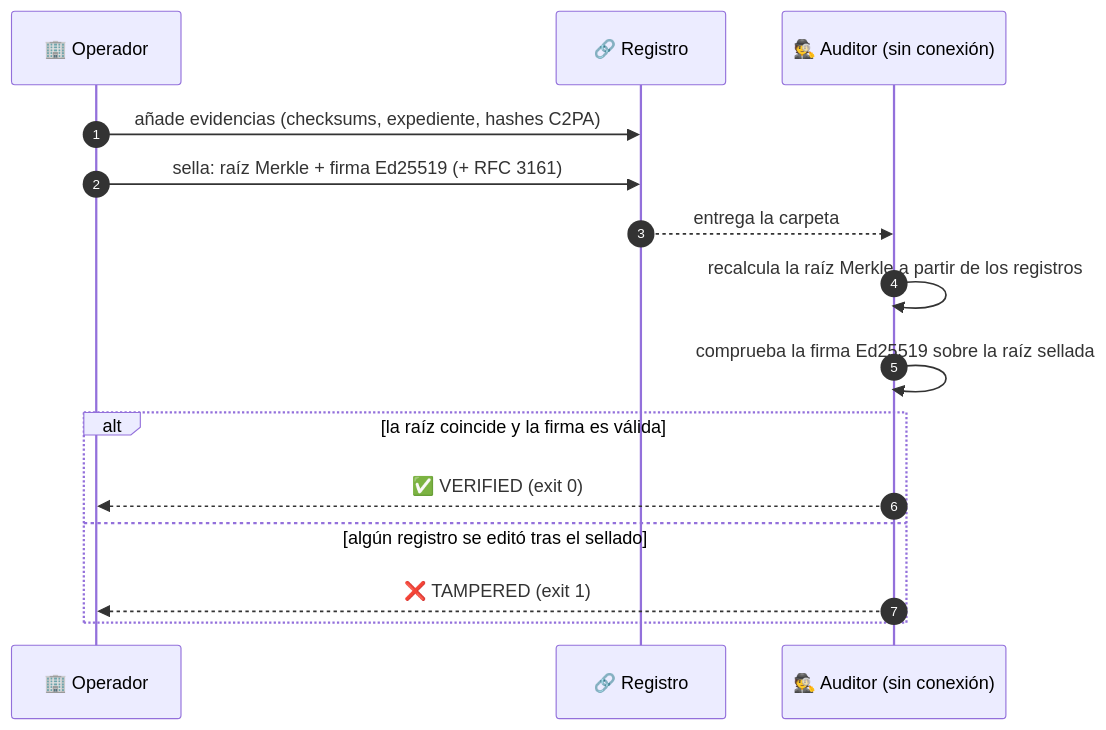
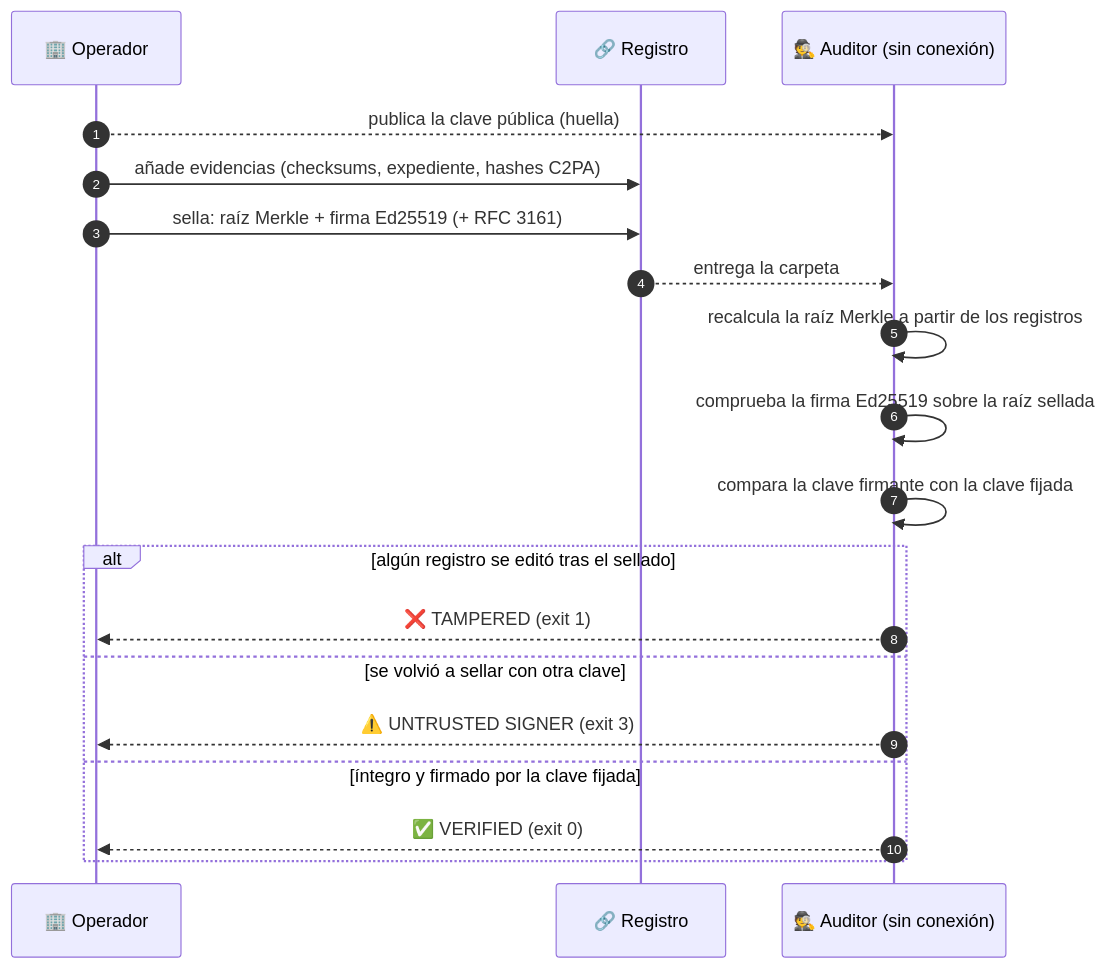
The third of 4 diagrams in README.es.md (marcosmatalab/attestor), drawn with Mermaid before and after one commit. The commit also changed other lines of this file and 13 other files, not shown here.

````diff
--- a/README.es.md
+++ b/README.es.md
@@ -240,17 +244,21 @@
 ```mermaid
 sequenceDiagram
     autonumber
     participant O as 🏢 Operador
     participant L as 🔗 Registro
     participant A as 🕵️ Auditor (sin conexión)
+    O-->>A: publica la clave pública (huella)
     O->>L: añade evidencias (checksums, expediente, hashes C2PA)
     O->>L: sella: raíz Merkle + firma Ed25519 (+ RFC 3161)
     L-->>A: entrega la carpeta
     A->>A: recalcula la raíz Merkle a partir de los registros
     A->>A: comprueba la firma Ed25519 sobre la raíz sellada
-    alt la raíz coincide y la firma es válida
+    A->>A: compara la clave firmante con la clave fijada
+    alt algún registro se editó tras el sellado
+        A-->>O: ❌ TAMPERED (exit 1)
+    else se volvió a sellar con otra clave
+        A-->>O: ⚠️ UNTRUSTED SIGNER (exit 3)
+    else íntegro y firmado por la clave fijada
         A-->>O: ✅ VERIFIED (exit 0)
-    else algún registro se editó tras el sellado
-        A-->>O: ❌ TAMPERED (exit 1)
     end
 ```
````
